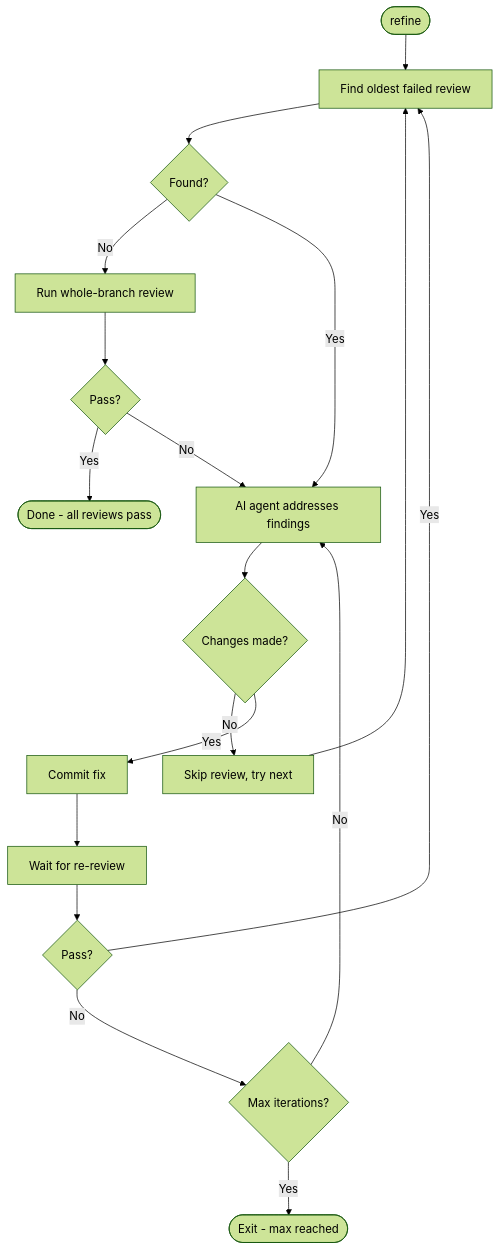
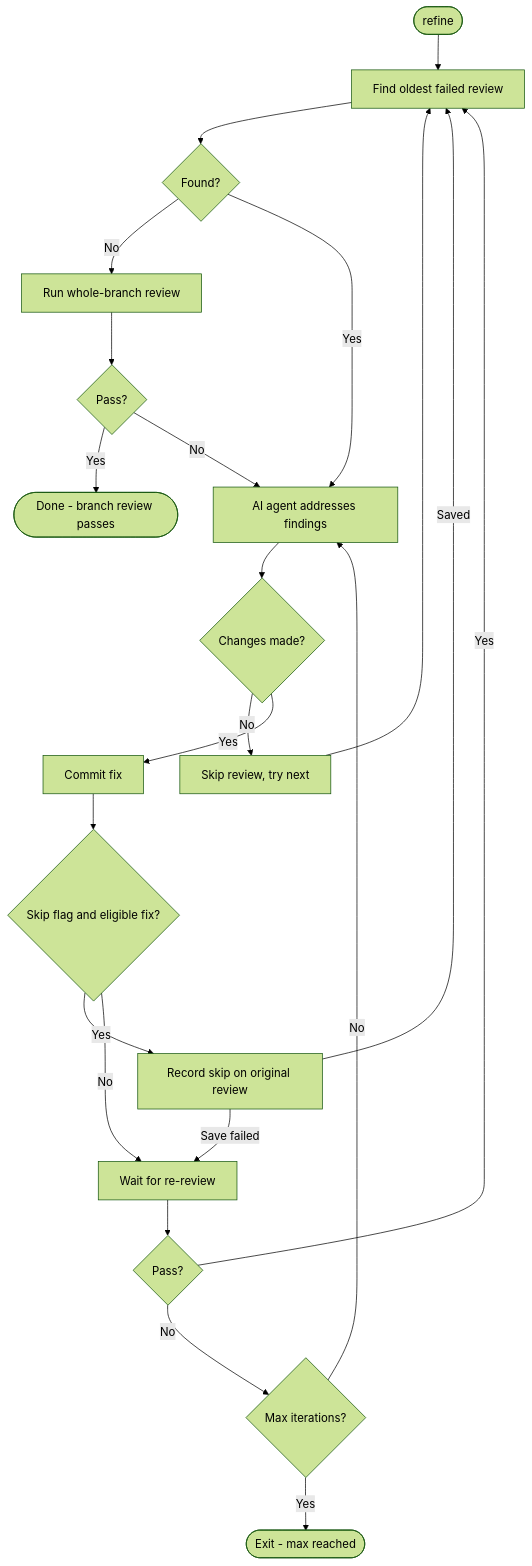
One commit to kenn-io/roborev changed the diagram in docs/guides/auto-fixing.md. Above: the diagram before and after it, drawn with Mermaid (forest theme). The commit also changed other lines of this file and 6 other files, not shown here.

Commit message:
feat(refine): add opt-in skip for trivial fix re-reviews

````diff
--- a/docs/guides/auto-fixing.md
+++ b/docs/guides/auto-fixing.md
@@ -44,20 +44,24 @@
 ```mermaid
 flowchart TD
     Start([refine]) --> Find[Find oldest failed review]
     Find --> A{Found?}
     A -->|No| Branch[Run whole-branch review]
     Branch --> C{Pass?}
-    C -->|Yes| Done([Done - all reviews pass])
+    C -->|Yes| Done([Done - branch review passes])
     C -->|No| Fix
     A -->|Yes| Fix[AI agent addresses findings]
     Fix --> Changes{Changes made?}
     Changes -->|No| Skip[Skip review, try next]
     Skip --> Find
     Changes -->|Yes| Commit[Commit fix]
-    Commit --> Wait[Wait for re-review]
+    Commit --> Trivial{Skip flag and eligible fix?}
+    Trivial -->|Yes| Record[Record skip on original review]
+    Record -->|Saved| Find
+    Record -->|Save failed| Wait
+    Trivial -->|No| Wait[Wait for re-review]
     Wait --> Pass{Pass?}
     Pass -->|Yes| Find
     Pass -->|No| MaxCheck{Max iterations?}
     MaxCheck -->|No| Fix
     MaxCheck -->|Yes| Fail([Exit - max reached])
 ```
````
